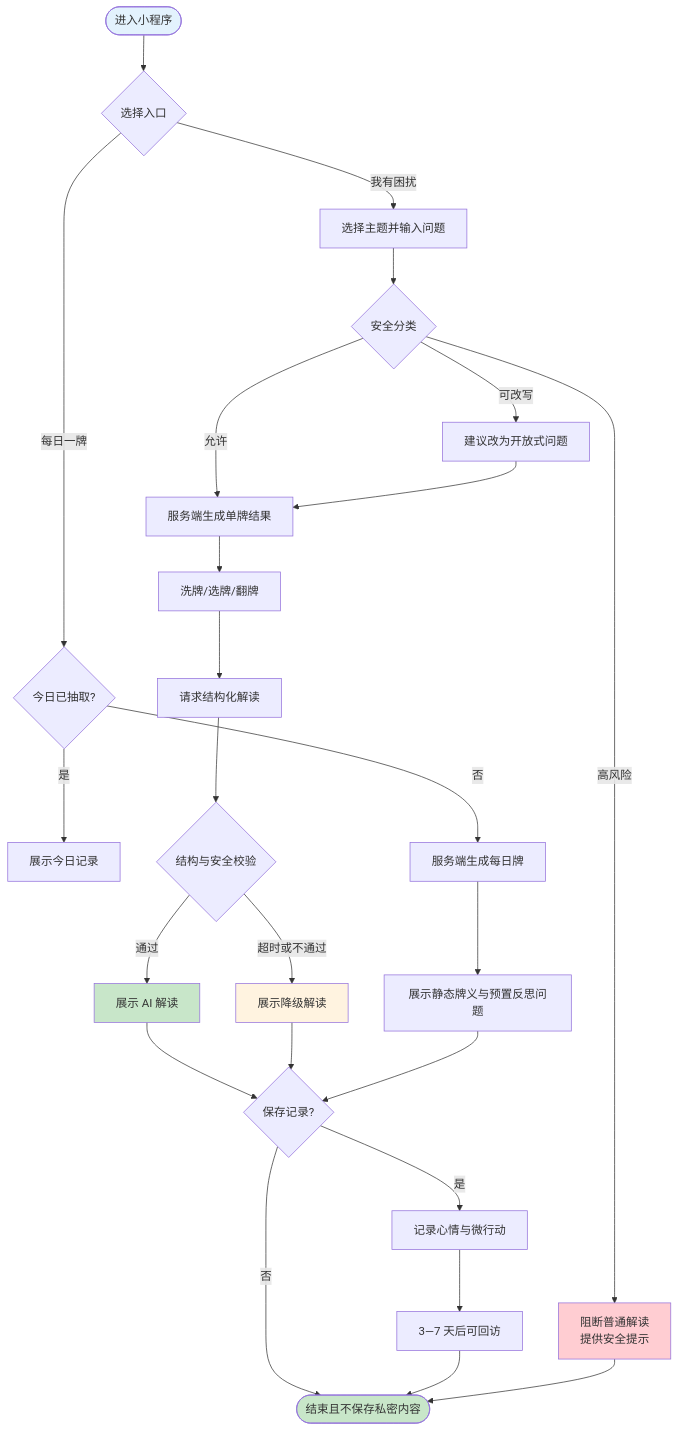
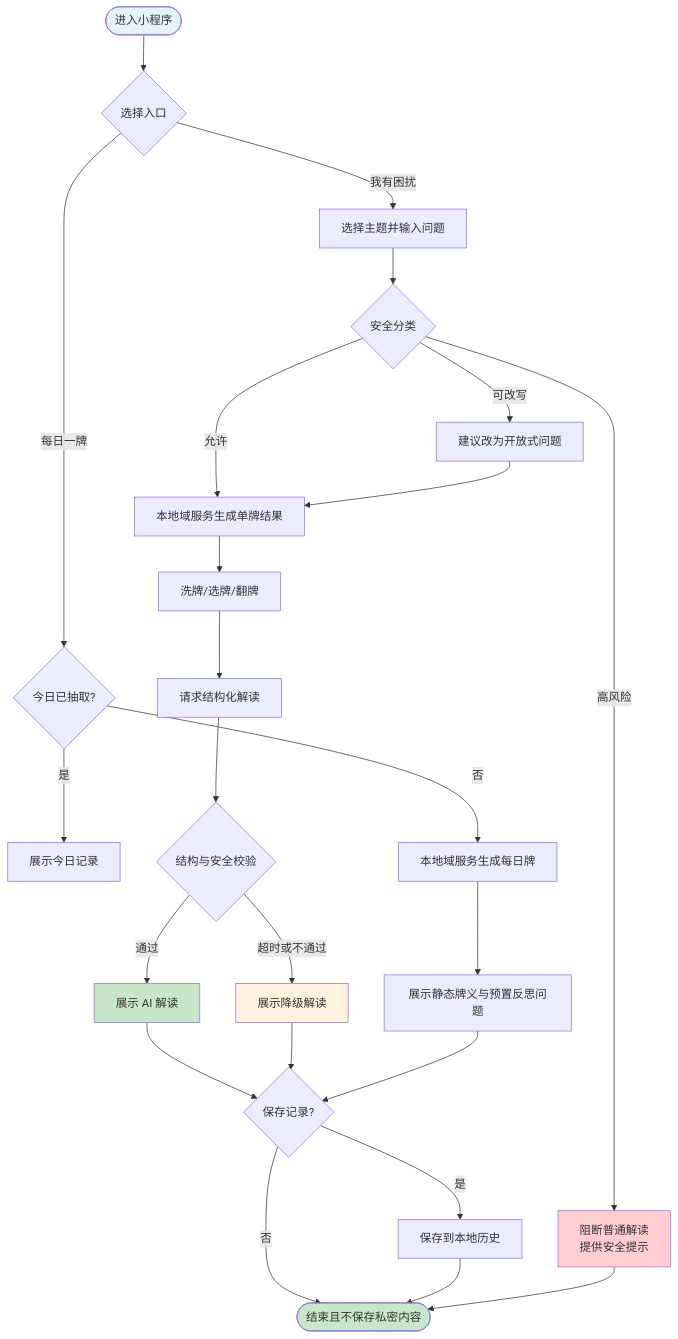
One commit to chenzhiyong1994/arcana-mirror changed the third of 4 diagrams in docs/product/02-mvp-prd.md. Above: the diagram before and after it, drawn with Mermaid. The commit also changed other lines of this file and 56 other files, not shown here.

````diff
--- a/docs/product/02-mvp-prd.md
+++ b/docs/product/02-mvp-prd.md
@@ -450,33 +345,32 @@
 ```mermaid
 flowchart TD
     START([进入小程序]) --> CHOOSE{选择入口}
     CHOOSE -->|每日一牌| DAILY{今日已抽取?}
     DAILY -->|是| HISTORY[展示今日记录]
-    DAILY -->|否| DAILYDRAW[服务端生成每日牌]
+    DAILY -->|否| DAILYDRAW[本地域服务生成每日牌]
     DAILYDRAW --> DAILYRESULT[展示静态牌义与预置反思问题]
     CHOOSE -->|我有困扰| INPUT[选择主题并输入问题]
     INPUT --> SAFE{安全分类}
     SAFE -->|高风险| BLOCK[阻断普通解读<br/>提供安全提示]
     SAFE -->|可改写| REWRITE[建议改为开放式问题]
-    SAFE -->|允许| DRAW[服务端生成单牌结果]
+    SAFE -->|允许| DRAW[本地域服务生成单牌结果]
     REWRITE --> DRAW
     DRAW --> RITUAL[洗牌/选牌/翻牌]
     RITUAL --> GENERATE[请求结构化解读]
     GENERATE --> VALID{结构与安全校验}
     VALID -->|通过| RESULT[展示 AI 解读]
     VALID -->|超时或不通过| FALLBACK[展示降级解读]
     RESULT --> SAVE{保存记录?}
     FALLBACK --> SAVE
     DAILYRESULT --> SAVE
-    SAVE -->|是| JOURNAL[记录心情与微行动]
+    SAVE -->|是| HISTORYSAVE[保存到本地历史]
     SAVE -->|否| END([结束且不保存私密内容])
-    JOURNAL --> CHECKIN[3—7 天后可回访]
-    CHECKIN --> END
+    HISTORYSAVE --> END
     BLOCK --> END
 
     style START fill:#E3F2FD
     style RESULT fill:#C8E6C9
     style FALLBACK fill:#FFF3E0
     style BLOCK fill:#FFCDD2
     style END fill:#C8E6C9
 ```
````
